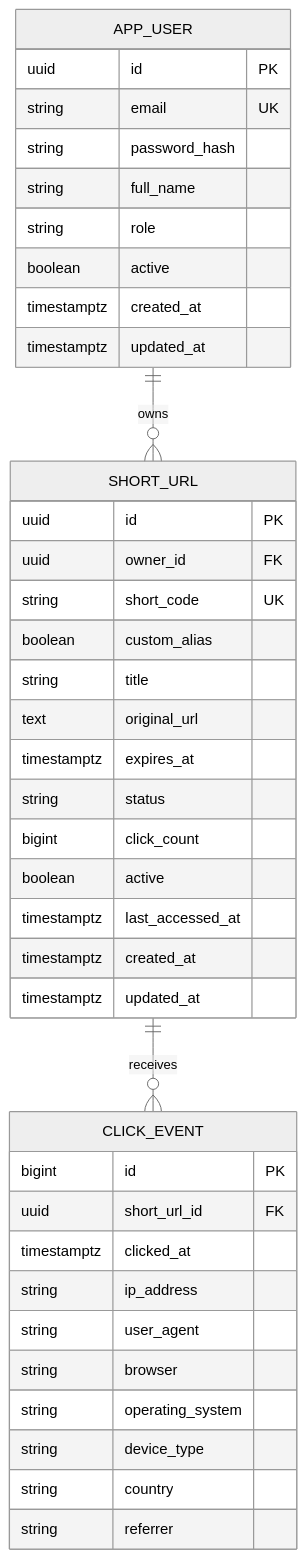
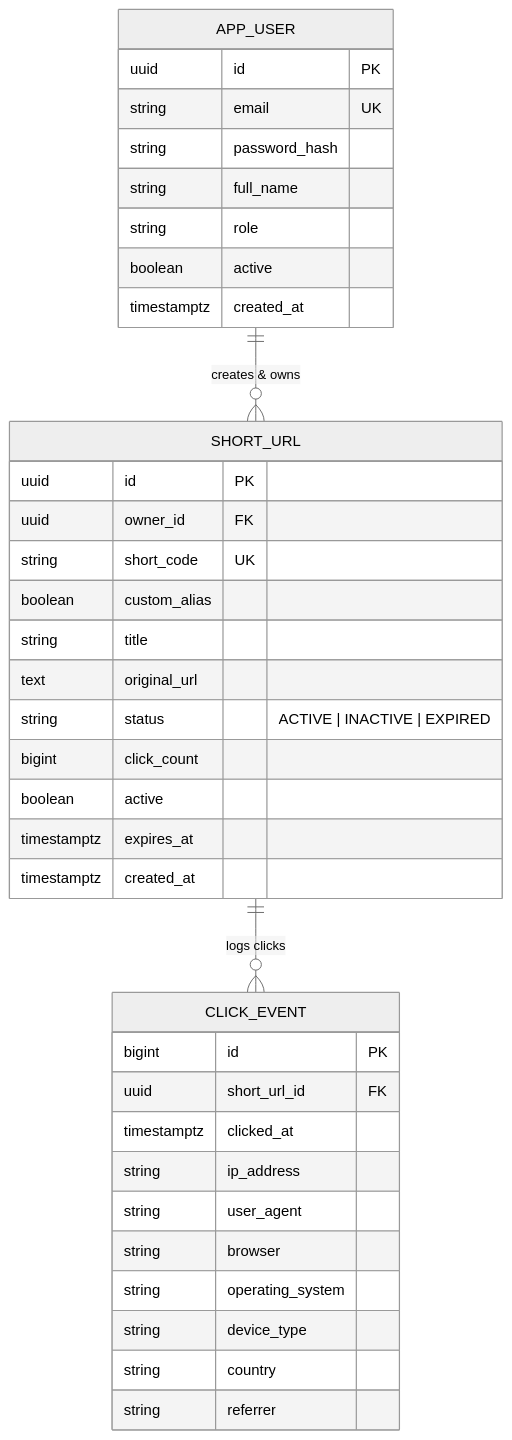
One commit to sawantyash07/Distributed-URL-Shortening-Analytics-Platform changed the third of 3 diagrams in README.md. Above: the diagram before and after it, drawn with Mermaid (neutral theme). The commit also changed other lines of this file and 8 other files, not shown here.

Commit message:
feat: mobile scannable QR codes and inactive status pop-up warning page; update README documentation

````diff
--- a/README.md
+++ b/README.md
@@ -125,45 +103,42 @@
 ```mermaid
 erDiagram
-    APP_USER ||--o{ SHORT_URL : owns
-    SHORT_URL ||--o{ CLICK_EVENT : receives
+    APP_USER ||--o{ SHORT_URL : "creates & owns"
+    SHORT_URL ||--o{ CLICK_EVENT : "logs clicks"
 
     APP_USER {
         uuid id PK
         string email UK
         string password_hash
         string full_name
         string role
         boolean active
         timestamptz created_at
-        timestamptz updated_at
     }
 
     SHORT_URL {
         uuid id PK
         uuid owner_id FK
         string short_code UK
         boolean custom_alias
         string title
         text original_url
-        timestamptz expires_at
-        string status
+        string status "ACTIVE | INACTIVE | EXPIRED"
         bigint click_count
         boolean active
-        timestamptz last_accessed_at
+        timestamptz expires_at
         timestamptz created_at
-        timestamptz updated_at
     }
 
     CLICK_EVENT {
         bigint id PK
         uuid short_url_id FK
         timestamptz clicked_at
         string ip_address
         string user_agent
         string browser
         string operating_system
         string device_type
         string country
         string referrer
     }
 ```
````
